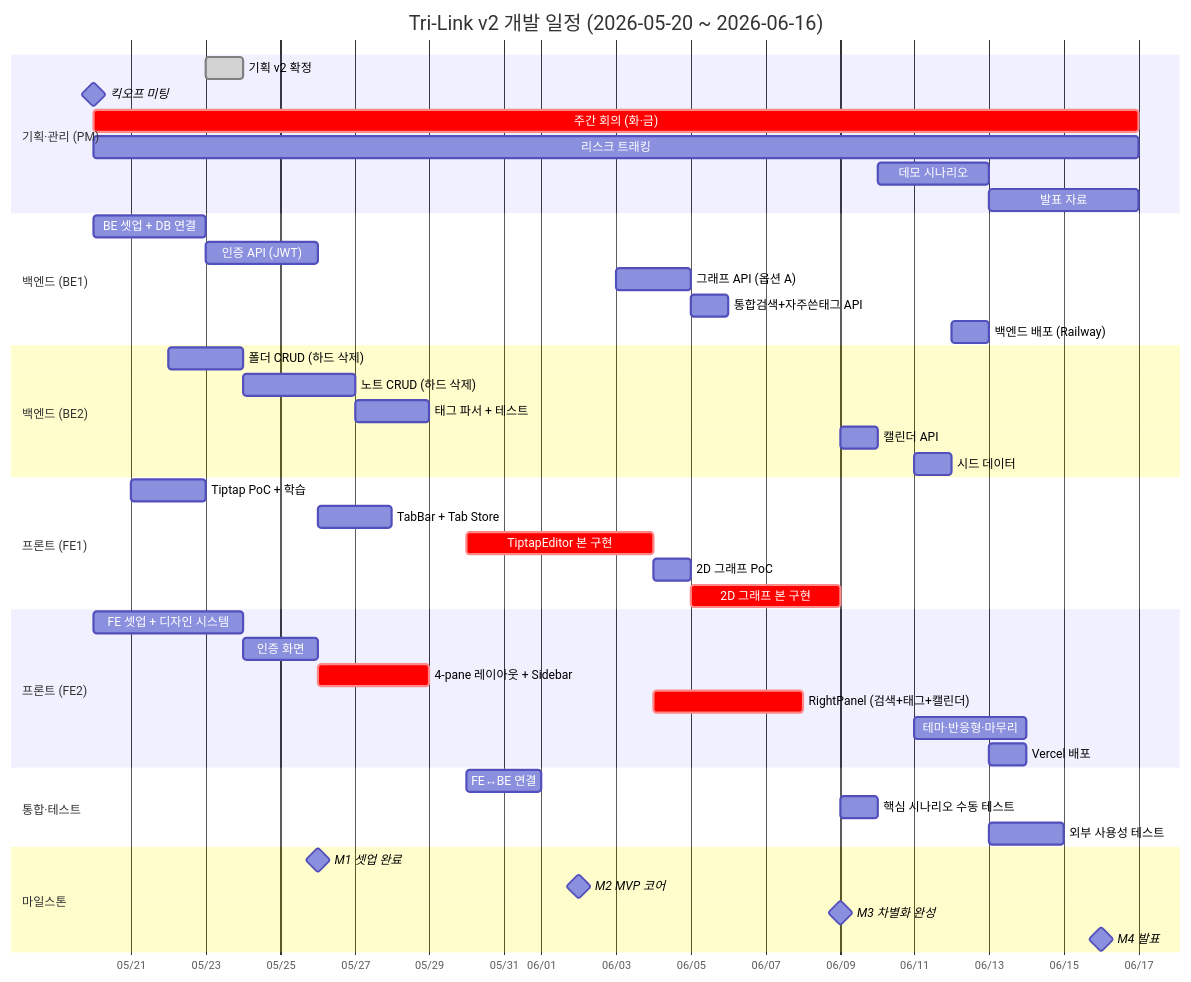
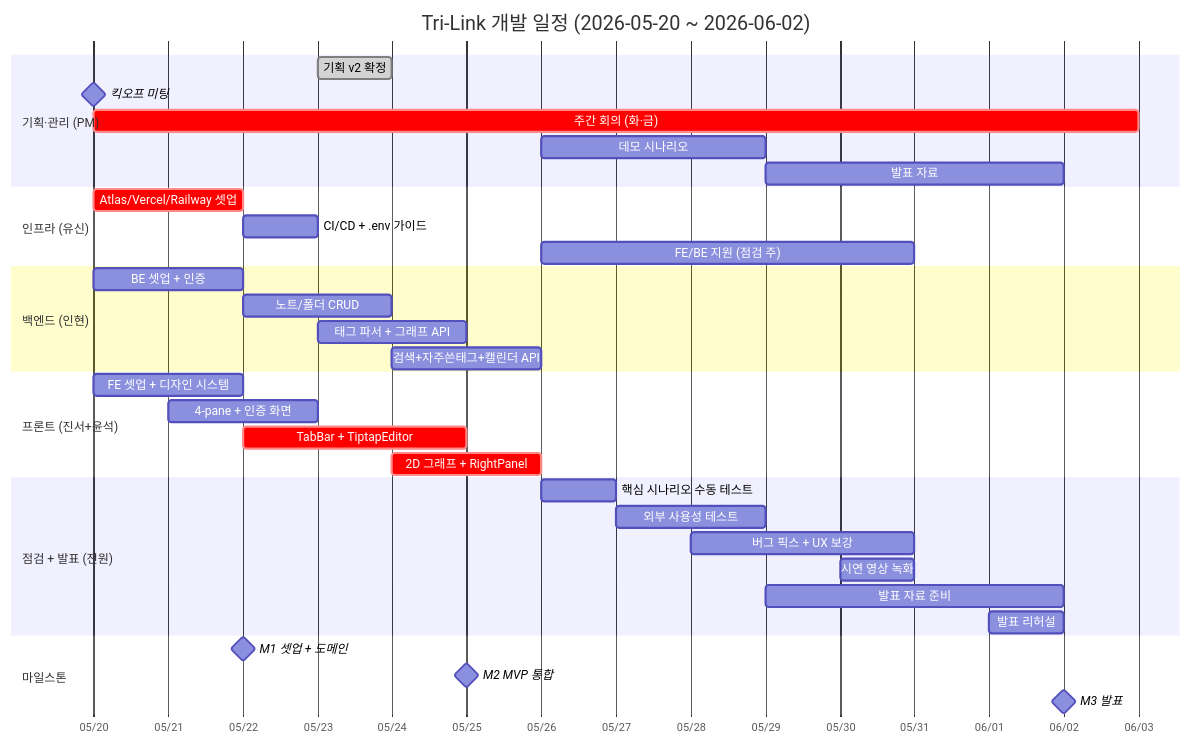
The diagram in 02_일정/개발_일정표.md (GC-Five-Guys/Docs), drawn with Mermaid before and after one commit. The commit also changed other lines of this file and 3 other files, not shown here.

````diff
--- a/02_일정/개발_일정표.md
+++ b/02_일정/개발_일정표.md
@@ -32,54 +31,43 @@
 ```mermaid
 gantt
-    title Tri-Link v2 개발 일정 (2026-05-20 ~ 2026-06-16)
+    title Tri-Link 개발 일정 (2026-05-20 ~ 2026-06-02)
     dateFormat YYYY-MM-DD
     axisFormat %m/%d
 
     section 기획·관리 (PM)
     기획 v2 확정             :done, p1, 2026-05-23, 1d
     킥오프 미팅              :milestone, k1, 2026-05-20, 0d
-    주간 회의 (화·금)         :crit, p2, 2026-05-20, 28d
-    리스크 트래킹            :p3, 2026-05-20, 28d
-    데모 시나리오            :p4, 2026-06-10, 3d
-    발표 자료               :p5, 2026-06-13, 4d
+    주간 회의 (화·금)         :crit, p2, 2026-05-20, 14d
+    데모 시나리오            :p4, 2026-05-26, 3d
+    발표 자료               :p5, 2026-05-29, 4d
 
-    section 백엔드 (BE1)
-    BE 셋업 + DB 연결        :be1, 2026-05-20, 3d
-    인증 API (JWT)          :be2, after be1, 3d
-    그래프 API (옵션 A)      :be3, 2026-06-03, 2d
-    통합검색+자주쓴태그 API   :be3b, after be3, 1d
-    백엔드 배포 (Railway)    :be4, 2026-06-12, 1d
+    section 인프라 (유신)
+    Atlas/Vercel/Railway 셋업:crit, i1, 2026-05-20, 2d
+    CI/CD + .env 가이드      :i2, after i1, 1d
+    FE/BE 지원 (점검 주)     :i3, 2026-05-26, 5d
 
-    section 백엔드 (BE2)
-    폴더 CRUD (하드 삭제)    :be5, 2026-05-22, 2d
-    노트 CRUD (하드 삭제)    :be6, after be5, 3d
-    태그 파서 + 테스트       :be7, after be6, 2d
-    캘린더 API              :be7b, 2026-06-09, 1d
-    시드 데이터             :be8, 2026-06-11, 1d
+    section 백엔드 (인현)
+    BE 셋업 + 인증           :be1, 2026-05-20, 2d
+    노트/폴더 CRUD           :be2, after be1, 2d
+    태그 파서 + 그래프 API   :be3, 2026-05-23, 2d
+    검색+자주쓴태그+캘린더 API:be4, 2026-05-24, 2d
 
-    section 프론트 (FE1)
-    Tiptap PoC + 학습        :fe0, 2026-05-21, 2d
-    TabBar + Tab Store      :fe1, 2026-05-26, 2d
-    TiptapEditor 본 구현    :crit, fe2, 2026-05-30, 5d
-    2D 그래프 PoC           :fe3, 2026-06-04, 1d
-    2D 그래프 본 구현       :crit, fe4, 2026-06-05, 4d
+    section 프론트 (진서+윤석)
+    FE 셋업 + 디자인 시스템  :fe1, 2026-05-20, 2d
+    4-pane + 인증 화면       :fe2, 2026-05-21, 2d
+    TabBar + TiptapEditor   :crit, fe3, 2026-05-22, 3d
+    2D 그래프 + RightPanel  :crit, fe4, 2026-05-24, 2d
 
-    section 프론트 (FE2)
-    FE 셋업 + 디자인 시스템  :fe5, 2026-05-20, 4d
-    인증 화면               :fe6, after fe5, 2d
-    4-pane 레이아웃 + Sidebar:crit, fe7, 2026-05-26, 3d
-    RightPanel (검색+태그+캘린더):crit, fe7b, 2026-06-04, 4d
-    테마·반응형·마무리      :fe8, 2026-06-11, 3d
-    Vercel 배포             :fe9, 2026-06-13, 1d
-
-    section 통합·테스트
-    FE↔BE 연결              :i1, 2026-05-30, 2d
-    핵심 시나리오 수동 테스트:i2, 2026-06-09, 1d
-    외부 사용성 테스트       :i3, 2026-06-13, 2d
+    section 점검 + 발표 (전원)
+    핵심 시나리오 수동 테스트:t1, 2026-05-26, 1d
+    외부 사용성 테스트       :t2, 2026-05-27, 2d
+    버그 픽스 + UX 보강     :t3, 2026-05-28, 3d
+    시연 영상 녹화           :t4, 2026-05-30, 1d
+    발표 자료 준비           :t5, 2026-05-29, 4d
+    발표 리허설             :t6, 2026-06-01, 1d
 
     section 마일스톤
-    M1 셋업 완료            :milestone, m1, 2026-05-26, 0d
-    M2 MVP 코어             :milestone, m2, 2026-06-02, 0d
-    M3 차별화 완성          :milestone, m3, 2026-06-09, 0d
-    M4 발표                 :milestone, m4, 2026-06-16, 0d
+    M1 셋업 + 도메인         :milestone, m1, 2026-05-22, 0d
+    M2 MVP 통합              :milestone, m2, 2026-05-25, 0d
+    M3 발표                  :milestone, m3, 2026-06-02, 0d
 ```
````
